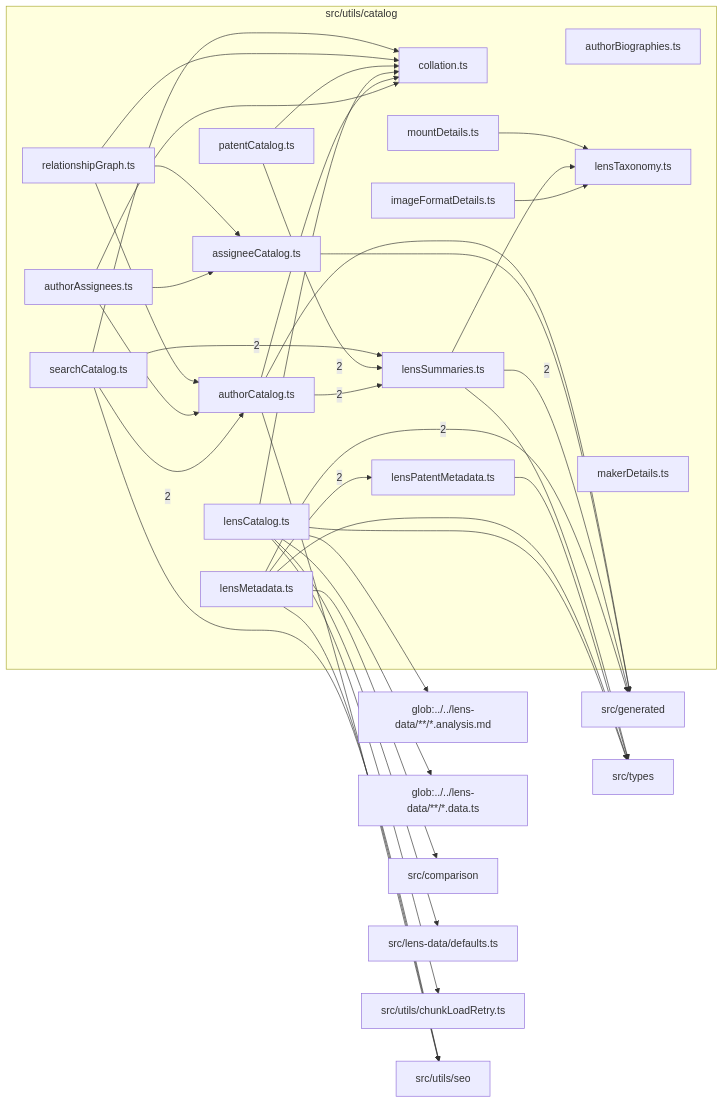
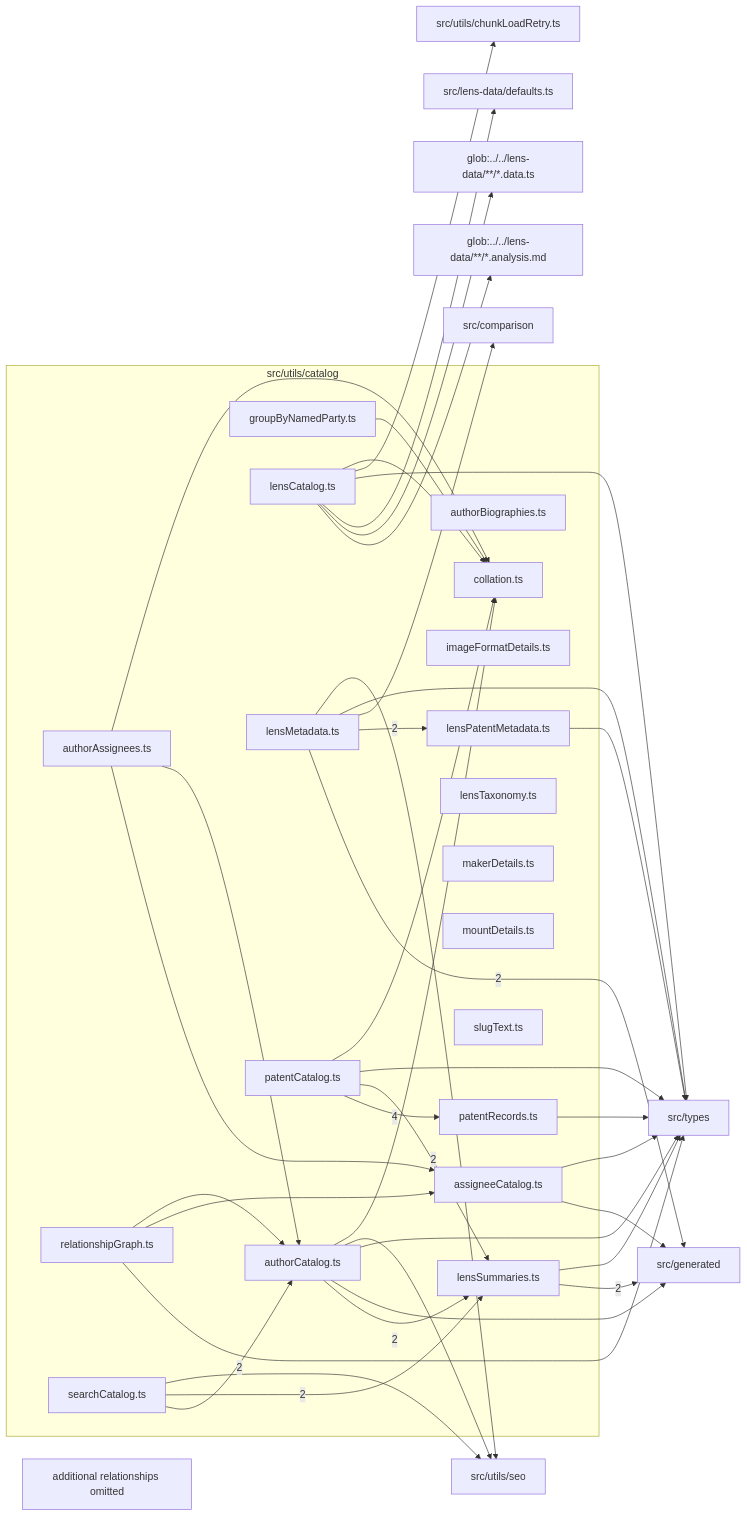
One commit to ronbuening/LensVisualizer changed the diagram in src/utils/catalog/readme.md. Above: the diagram before and after it, drawn with Mermaid. The commit also changed other lines of this file and 149 other files, not shown here.

````diff
--- a/src/utils/catalog/readme.md
+++ b/src/utils/catalog/readme.md
@@ -9,63 +9,69 @@
 ```mermaid
 flowchart LR
   subgraph n_src_utils_catalog["src/utils/catalog"]
     n_src_utils_catalog_src_utils_catalog_assigneeCatalog_ts["assigneeCatalog.ts"]
     n_src_utils_catalog_src_utils_catalog_authorAssignees_ts["authorAssignees.ts"]
     n_src_utils_catalog_src_utils_catalog_authorBiographies_ts["authorBiographies.ts"]
     n_src_utils_catalog_src_utils_catalog_authorCatalog_ts["authorCatalog.ts"]
     n_src_utils_catalog_src_utils_catalog_collation_ts["collation.ts"]
+    n_src_utils_catalog_src_utils_catalog_groupByNamedParty_ts["groupByNamedParty.ts"]
     n_src_utils_catalog_src_utils_catalog_imageFormatDetails_ts["imageFormatDetails.ts"]
     n_src_utils_catalog_src_utils_catalog_lensCatalog_ts["lensCatalog.ts"]
     n_src_utils_catalog_src_utils_catalog_lensMetadata_ts["lensMetadata.ts"]
     n_src_utils_catalog_src_utils_catalog_lensPatentMetadata_ts["lensPatentMetadata.ts"]
     n_src_utils_catalog_src_utils_catalog_lensSummaries_ts["lensSummaries.ts"]
     n_src_utils_catalog_src_utils_catalog_lensTaxonomy_ts["lensTaxonomy.ts"]
     n_src_utils_catalog_src_utils_catalog_makerDetails_ts["makerDetails.ts"]
     n_src_utils_catalog_src_utils_catalog_mountDetails_ts["mountDetails.ts"]
     n_src_utils_catalog_src_utils_catalog_patentCatalog_ts["patentCatalog.ts"]
+    n_src_utils_catalog_src_utils_catalog_patentRecords_ts["patentRecords.ts"]
     n_src_utils_catalog_src_utils_catalog_relationshipGraph_ts["relationshipGraph.ts"]
     n_src_utils_catalog_src_utils_catalog_searchCatalog_ts["searchCatalog.ts"]
+    n_src_utils_catalog_src_utils_catalog_slugText_ts["slugText.ts"]
   end
   n_external_src_generated["src/generated"]
   n_external_glob_______lens_data______analysis_md["glob:../../lens-data/**/*.analysis.md"]
   n_external_glob_______lens_data______data_ts["glob:../../lens-data/**/*.data.ts"]
   n_external_src_comparison["src/comparison"]
   n_external_src_lens_data_defaults_ts["src/lens-data/defaults.ts"]
   n_external_src_types["src/types"]
   n_external_src_utils_chunkLoadRetry_ts["src/utils/chunkLoadRetry.ts"]
   n_external_src_utils_seo["src/utils/seo"]
+  n_src_utils_catalog_src_utils_catalog_patentCatalog_ts --> |4| n_src_utils_catalog_src_utils_catalog_patentRecords_ts
   n_src_utils_catalog_src_utils_catalog_lensMetadata_ts --> |2| n_external_src_generated
   n_src_utils_catalog_src_utils_catalog_lensSummaries_ts --> |2| n_external_src_generated
   n_src_utils_catalog_src_utils_catalog_searchCatalog_ts --> |2| n_src_utils_catalog_src_utils_catalog_authorCatalog_ts
   n_src_utils_catalog_src_utils_catalog_lensMetadata_ts --> |2| n_src_utils_catalog_src_utils_catalog_lensPatentMetadata_ts
   n_src_utils_catalog_src_utils_catalog_authorCatalog_ts --> |2| n_src_utils_catalog_src_utils_catalog_lensSummaries_ts
   n_src_utils_catalog_src_utils_catalog_patentCatalog_ts --> |2| n_src_utils_catalog_src_utils_catalog_lensSummaries_ts
   n_src_utils_catalog_src_utils_catalog_searchCatalog_ts --> |2| n_src_utils_catalog_src_utils_catalog_lensSummaries_ts
   n_src_utils_catalog_src_utils_catalog_lensCatalog_ts --> n_external_glob_______lens_data______analysis_md
   n_src_utils_catalog_src_utils_catalog_lensCatalog_ts --> n_external_glob_______lens_data______data_ts
   n_src_utils_catalog_src_utils_catalog_lensMetadata_ts --> n_external_src_comparison
   n_src_utils_catalog_src_utils_catalog_assigneeCatalog_ts --> n_external_src_generated
   n_src_utils_catalog_src_utils_catalog_authorCatalog_ts --> n_external_src_generated
   n_src_utils_catalog_src_utils_catalog_lensCatalog_ts --> n_external_src_lens_data_defaults_ts
+  n_src_utils_catalog_src_utils_catalog_assigneeCatalog_ts --> n_external_src_types
+  n_src_utils_catalog_src_utils_catalog_authorCatalog_ts --> n_external_src_types
   n_src_utils_catalog_src_utils_catalog_lensCatalog_ts --> n_external_src_types
   n_src_utils_catalog_src_utils_catalog_lensMetadata_ts --> n_external_src_types
   n_src_utils_catalog_src_utils_catalog_lensPatentMetadata_ts --> n_external_src_types
   n_src_utils_catalog_src_utils_catalog_lensSummaries_ts --> n_external_src_types
+  n_src_utils_catalog_src_utils_catalog_patentCatalog_ts --> n_external_src_types
+  n_src_utils_catalog_src_utils_catalog_patentRecords_ts --> n_external_src_types
+  n_src_utils_catalog_src_utils_catalog_relationshipGraph_ts --> n_external_src_types
   n_src_utils_catalog_src_utils_catalog_lensCatalog_ts --> n_external_src_utils_chunkLoadRetry_ts
   n_src_utils_catalog_src_utils_catalog_authorCatalog_ts --> n_external_src_utils_seo
   n_src_utils_catalog_src_utils_catalog_lensMetadata_ts --> n_external_src_utils_seo
   n_src_utils_catalog_src_utils_catalog_searchCatalog_ts --> n_external_src_utils_seo
   n_src_utils_catalog_src_utils_catalog_authorAssignees_ts --> n_src_utils_catalog_src_utils_catalog_assigneeCatalog_ts
   n_src_utils_catalog_src_utils_catalog_relationshipGraph_ts --> n_src_utils_catalog_src_utils_catalog_assigneeCatalog_ts
   n_src_utils_catalog_src_utils_catalog_authorAssignees_ts --> n_src_utils_catalog_src_utils_catalog_authorCatalog_ts
   n_src_utils_catalog_src_utils_catalog_relationshipGraph_ts --> n_src_utils_catalog_src_utils_catalog_authorCatalog_ts
   n_src_utils_catalog_src_utils_catalog_authorAssignees_ts --> n_src_utils_catalog_src_utils_catalog_collation_ts
   n_src_utils_catalog_src_utils_catalog_authorCatalog_ts --> n_src_utils_catalog_src_utils_catalog_collation_ts
+  n_src_utils_catalog_src_utils_catalog_groupByNamedParty_ts --> n_src_utils_catalog_src_utils_catalog_collation_ts
   n_src_utils_catalog_src_utils_catalog_lensCatalog_ts --> n_src_utils_catalog_src_utils_catalog_collation_ts
   n_src_utils_catalog_src_utils_catalog_patentCatalog_ts --> n_src_utils_catalog_src_utils_catalog_collation_ts
-  n_src_utils_catalog_src_utils_catalog_relationshipGraph_ts --> n_src_utils_catalog_src_utils_catalog_collation_ts
-  n_src_utils_catalog_src_utils_catalog_searchCatalog_ts --> n_src_utils_catalog_src_utils_catalog_collation_ts
-  n_src_utils_catalog_src_utils_catalog_imageFormatDetails_ts --> n_src_utils_catalog_src_utils_catalog_lensTaxonomy_ts
-  n_src_utils_catalog_src_utils_catalog_lensSummaries_ts --> n_src_utils_catalog_src_utils_catalog_lensTaxonomy_ts
-  n_src_utils_catalog_src_utils_catalog_mountDetails_ts --> n_src_utils_catalog_src_utils_catalog_lensTaxonomy_ts
+  n_src_utils_catalog_truncated["additional relationships omitted"]
 ```
````
